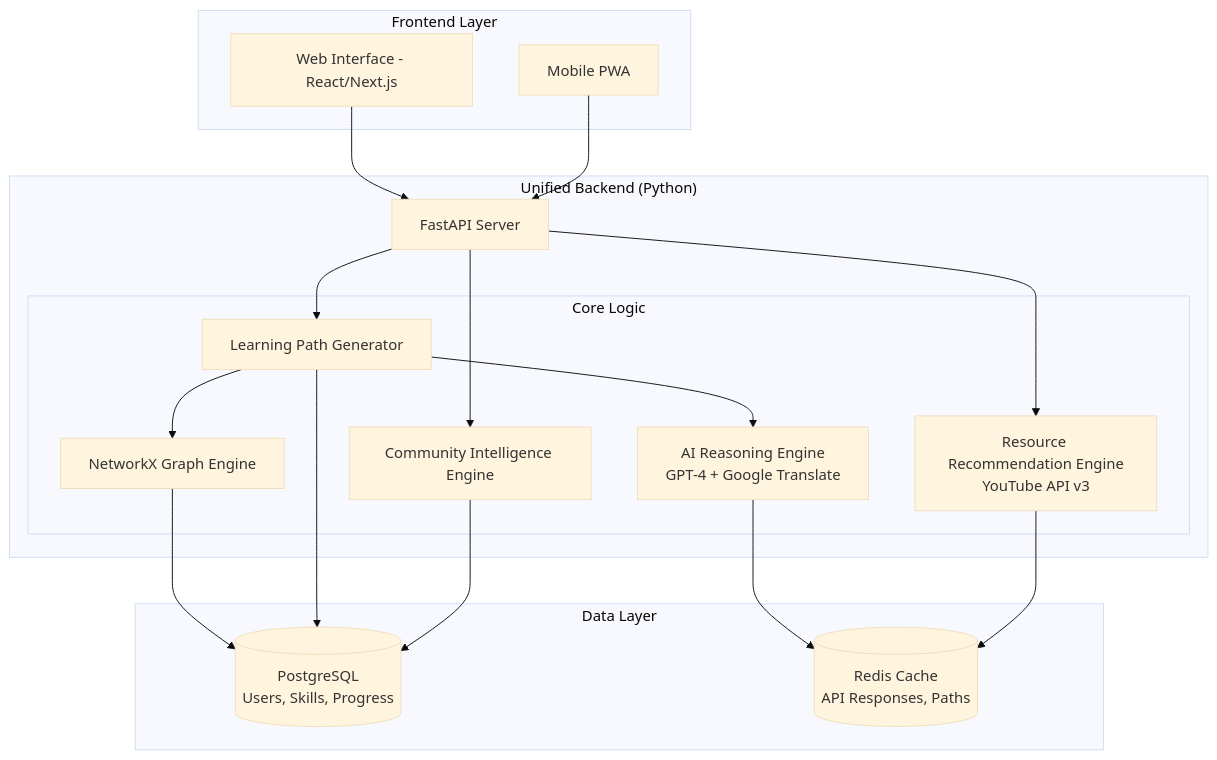
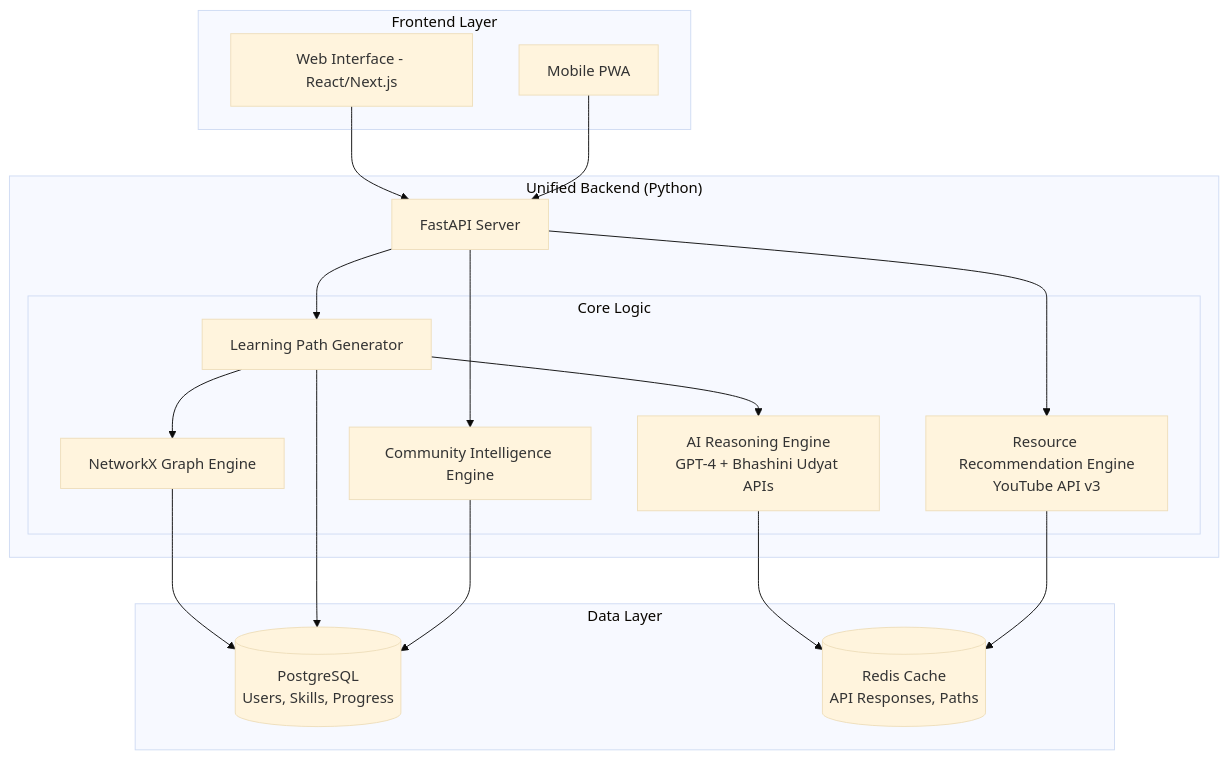
One commit to varnika070/skillscout changed the first of 2 diagrams in .kiro/specs/skill-scout/design.md. Above: the diagram before and after it, drawn with Mermaid (base theme). The commit also changed other lines of this file and 1 other file, not shown here.

````diff
--- a/.kiro/specs/skill-scout/design.md
+++ b/.kiro/specs/skill-scout/design.md
@@ -69,41 +69,41 @@
 ```mermaid
 graph TD
     subgraph "Frontend Layer"
         UI[Web Interface - React/Next.js]
         Mobile[Mobile PWA]
     end
     
     subgraph "Unified Backend (Python)"
         FastAPI[FastAPI Server]
         
         subgraph "Core Logic"
             PathGen[Learning Path Generator]
             GraphEngine[NetworkX Graph Engine]
-            AIReasoner[AI Reasoning Engine<br/>GPT-4 + Google Translate]
+            AIReasoner[AI Reasoning Engine<br/>GPT-4 + Bhashini Udyat APIs]
             ResourceEngine[Resource Recommendation Engine<br/>YouTube API v3]
             CommunityEngine[Community Intelligence Engine]
         end
     end
     
     subgraph "Data Layer"
         PostgreSQL[(PostgreSQL<br/>Users, Skills, Progress)]
         Redis[(Redis Cache<br/>API Responses, Paths)]
     end
     
     UI --> FastAPI
     Mobile --> FastAPI
     
     FastAPI --> PathGen
     FastAPI --> ResourceEngine
     FastAPI --> CommunityEngine
     
     PathGen --> GraphEngine
     PathGen --> AIReasoner
     
     GraphEngine --> PostgreSQL
     AIReasoner --> Redis
     ResourceEngine --> Redis
     
     PathGen --> PostgreSQL
     CommunityEngine --> PostgreSQL
 ```
````
